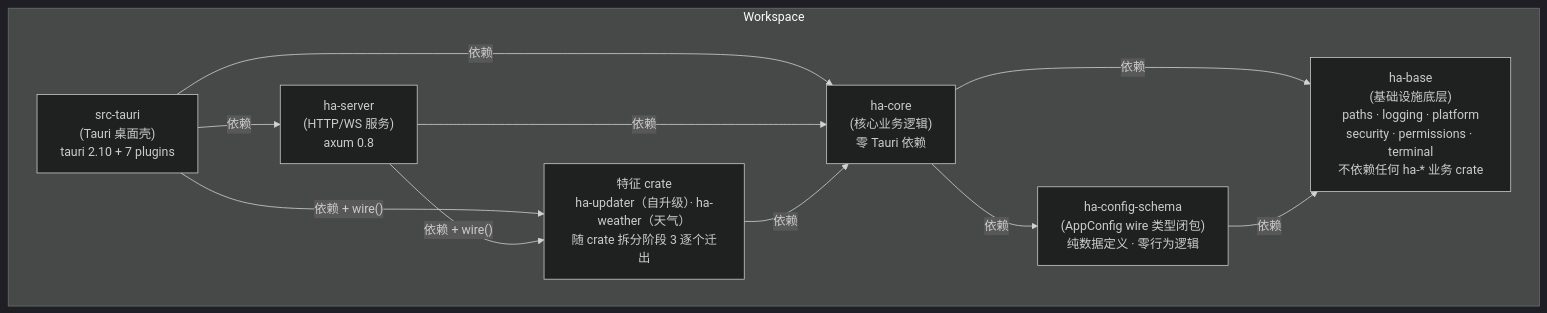
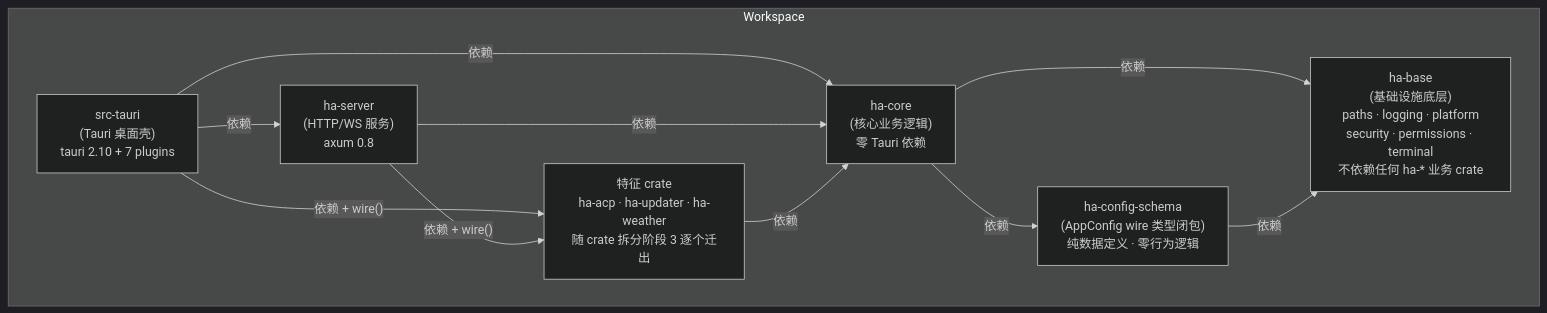
One commit to shiwenwen/hope-agent changed the first of 6 diagrams in docs/architecture/backend-separation.md. Above: the diagram before and after it, drawn with Mermaid (dark theme). The commit also changed other lines of this file and 65 other files, not shown here.

First line of the commit message:
refactor(acp): 阶段 3 第三刀——ACP 迁出为特征 crate ha-acp

````diff
--- a/docs/architecture/backend-separation.md
+++ b/docs/architecture/backend-separation.md
@@ -15,22 +15,22 @@
 ```mermaid
 graph TD
     subgraph Workspace
         HA_TAURI["src-tauri<br/>(Tauri 桌面壳)<br/>tauri 2.10 + 7 plugins"]
         HA_SERVER["ha-server<br/>(HTTP/WS 服务)<br/>axum 0.8"]
-        HA_FEAT["特征 crate<br/>ha-updater（自升级）· ha-weather（天气）<br/>随 crate 拆分阶段 3 逐个迁出"]
+        HA_FEAT["特征 crate<br/>ha-acp · ha-updater · ha-weather<br/>随 crate 拆分阶段 3 逐个迁出"]
         HA_CORE["ha-core<br/>(核心业务逻辑)<br/>零 Tauri 依赖"]
         HA_SCHEMA["ha-config-schema<br/>(AppConfig wire 类型闭包)<br/>纯数据定义 · 零行为逻辑"]
         HA_BASE["ha-base<br/>(基础设施底层)<br/>paths · logging · platform<br/>security · permissions · terminal<br/>不依赖任何 ha-* 业务 crate"]
     end
 
     HA_TAURI -->|"依赖"| HA_SERVER
     HA_TAURI -->|"依赖 + wire()"| HA_FEAT
     HA_TAURI -->|"依赖"| HA_CORE
     HA_SERVER -->|"依赖 + wire()"| HA_FEAT
     HA_SERVER -->|"依赖"| HA_CORE
     HA_FEAT -->|"依赖"| HA_CORE
     HA_CORE -->|"依赖"| HA_SCHEMA
     HA_CORE -->|"依赖"| HA_BASE
     HA_SCHEMA -->|"依赖"| HA_BASE
 
 ```
````
